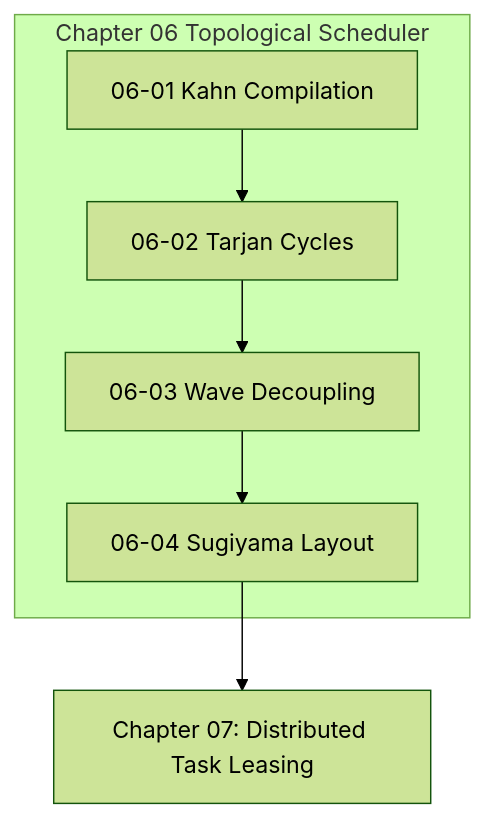
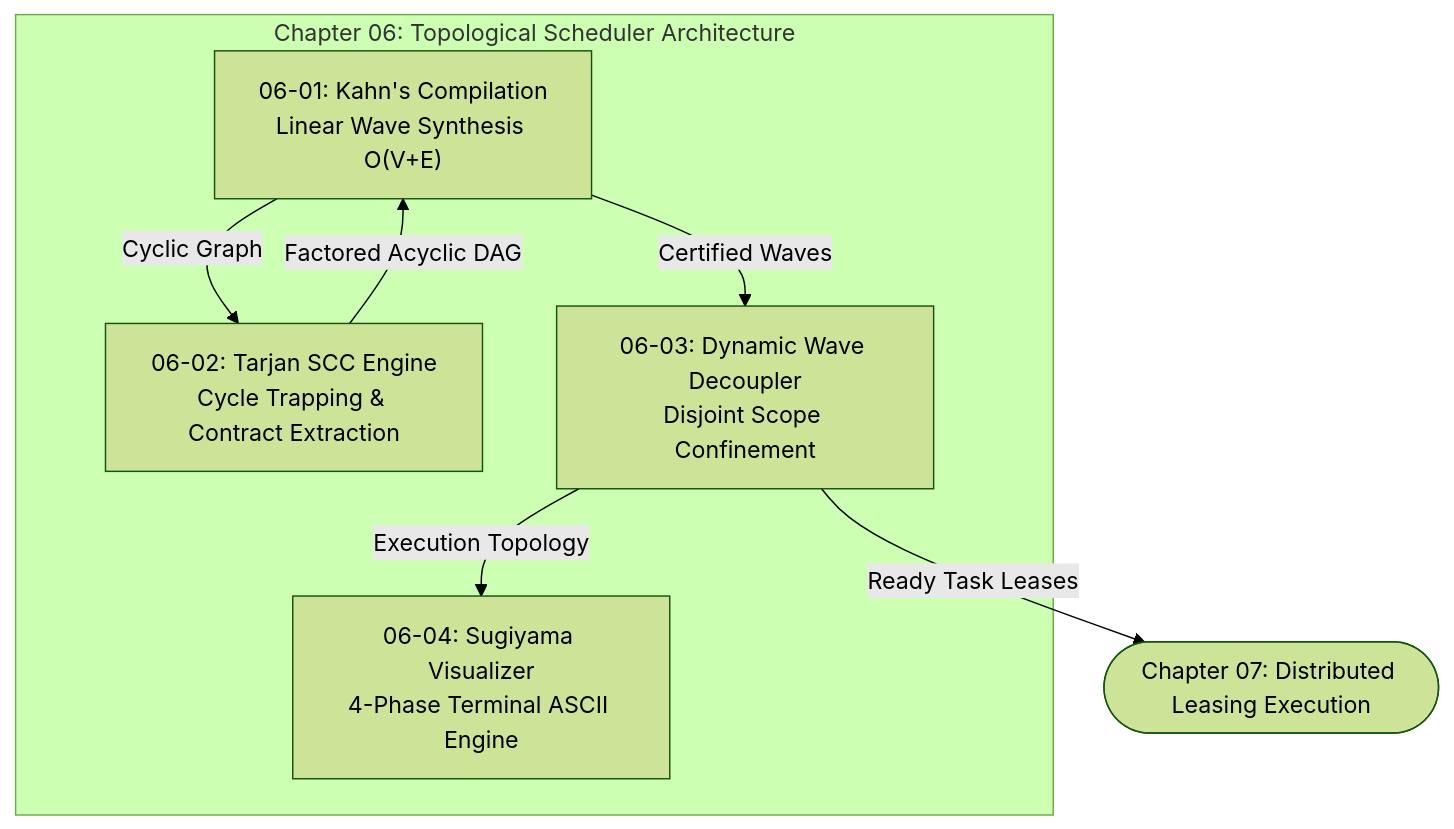
One commit to onurseckin/skills changed the diagram in docs/olt/architecture/06-topological-scheduler-dags/index.md. Above: the diagram before and after it, drawn with Mermaid (forest theme). The commit also changed other lines of this file and 163 other files, not shown here.

````diff
--- a/docs/olt/architecture/06-topological-scheduler-dags/index.md
+++ b/docs/olt/architecture/06-topological-scheduler-dags/index.md
@@ -78,9 +97,15 @@
 ```mermaid
-graph TD
-    subgraph "Chapter 06 Topological Scheduler"
-        A[06-01 Kahn Compilation] --> B[06-02 Tarjan Cycles]
-        B --> C[06-03 Wave Decoupling]
-        C --> D[06-04 Sugiyama Layout]
+flowchart TD
+    subgraph "Chapter 06: Topological Scheduler Architecture"
+        Kahn["06-01: Kahn's Compilation<br/>Linear Wave Synthesis O(V+E)"]
+        Tarjan["06-02: Tarjan SCC Engine<br/>Cycle Trapping & Contract Extraction"]
+        Dynamic["06-03: Dynamic Wave Decoupler<br/>Disjoint Scope Confinement"]
+        Sugiyama["06-04: Sugiyama Visualizer<br/>4-Phase Terminal ASCII Engine"]
     end
-    D --> E["Chapter 07: Distributed Task Leasing"]
+
+    Kahn -->|"Cyclic Graph"| Tarjan
+    Tarjan -->|"Factored Acyclic DAG"| Kahn
+    Kahn -->|"Certified Waves"| Dynamic
+    Dynamic -->|"Execution Topology"| Sugiyama
+    Dynamic -->|"Ready Task Leases"| NextChapter(["Chapter 07: Distributed Leasing Execution"])
 ```
````
